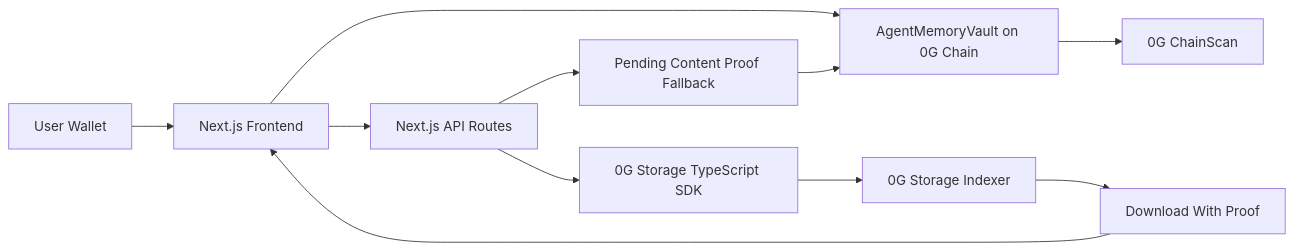
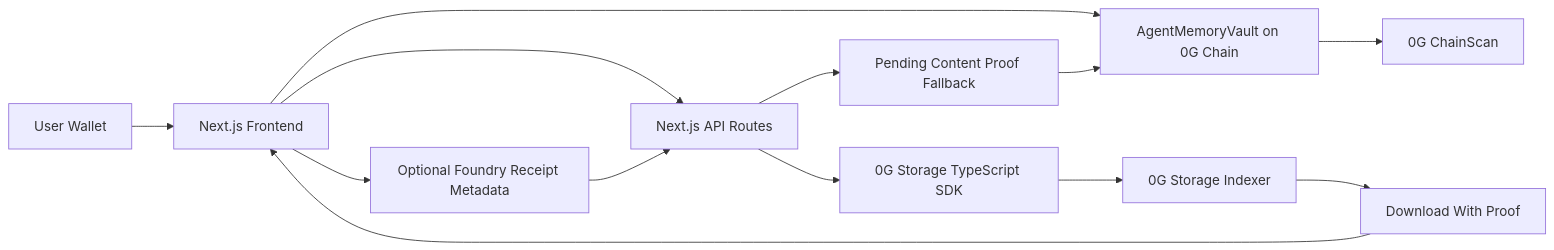
One commit to ArmaniBanks/verifiable-agent-memory-vault changed the diagram in README.md. Above: the diagram before and after it, drawn with Mermaid. The commit also changed other lines of this file and 3 other files, not shown here.

````diff
--- a/README.md
+++ b/README.md
@@ -72,13 +73,15 @@
 ```mermaid
 flowchart LR
   User["User Wallet"] --> UI["Next.js Frontend"]
   UI --> Contract["AgentMemoryVault on 0G Chain"]
   UI --> API["Next.js API Routes"]
   API --> StorageSDK["0G Storage TypeScript SDK"]
   StorageSDK --> Storage["0G Storage Indexer"]
   Contract --> Explorer["0G ChainScan"]
   Storage --> Verify["Download With Proof"]
   Verify --> UI
   API --> Fallback["Pending Content Proof Fallback"]
   Fallback --> Contract
+  UI --> Foundry["Optional Foundry Receipt Metadata"]
+  Foundry --> API
 ```
````
